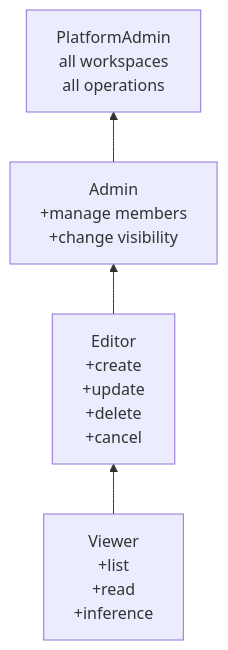
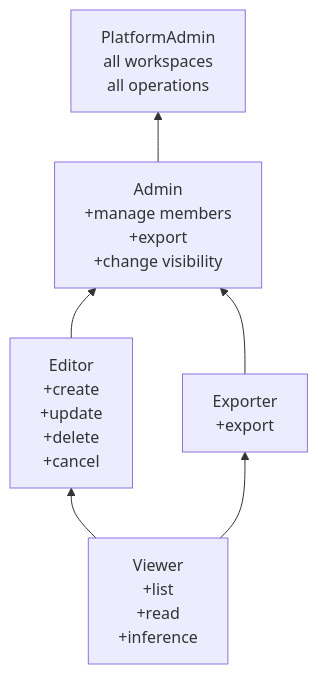
One commit to NVIDIA-NeMo/nemo-platform changed the diagram in docs/auth/authorization/roles-and-permissions.mdx. Above: the diagram before and after it, drawn with Mermaid. The commit also changed other lines of this file and 3 other files, not shown here.

````diff
--- a/docs/auth/authorization/roles-and-permissions.mdx
+++ b/docs/auth/authorization/roles-and-permissions.mdx
@@ -50,22 +63,27 @@
 ```mermaid
 flowchart BT
     Viewer["Viewer
 +list
 +read
 +inference"]
     Editor["Editor
 +create
 +update
 +delete
 +cancel"]
     Admin["Admin
 +manage members
++export
 +change visibility"]
+    Exporter["Exporter
++export"]
     PlatformAdmin["PlatformAdmin
 all workspaces
 all operations"]
 
     Viewer --> Editor
+    Viewer --> Exporter
     Editor --> Admin
+    Exporter --> Admin
     Admin --> PlatformAdmin
 ```
````
